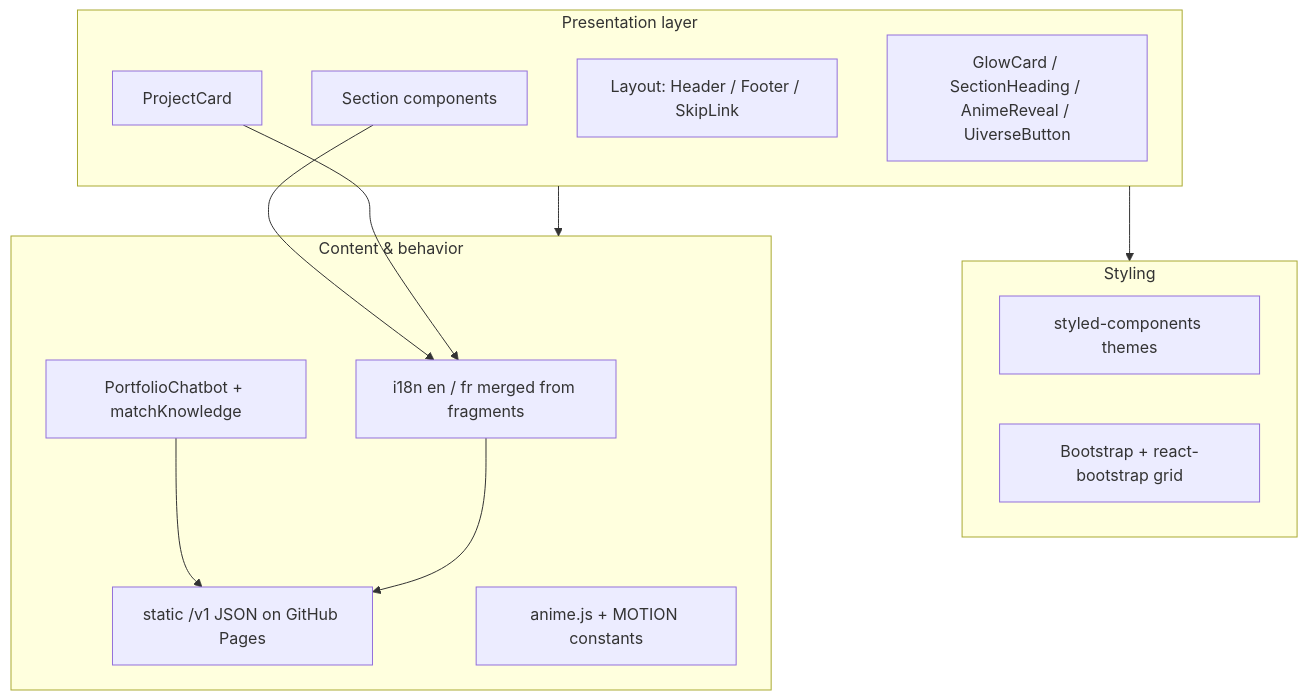
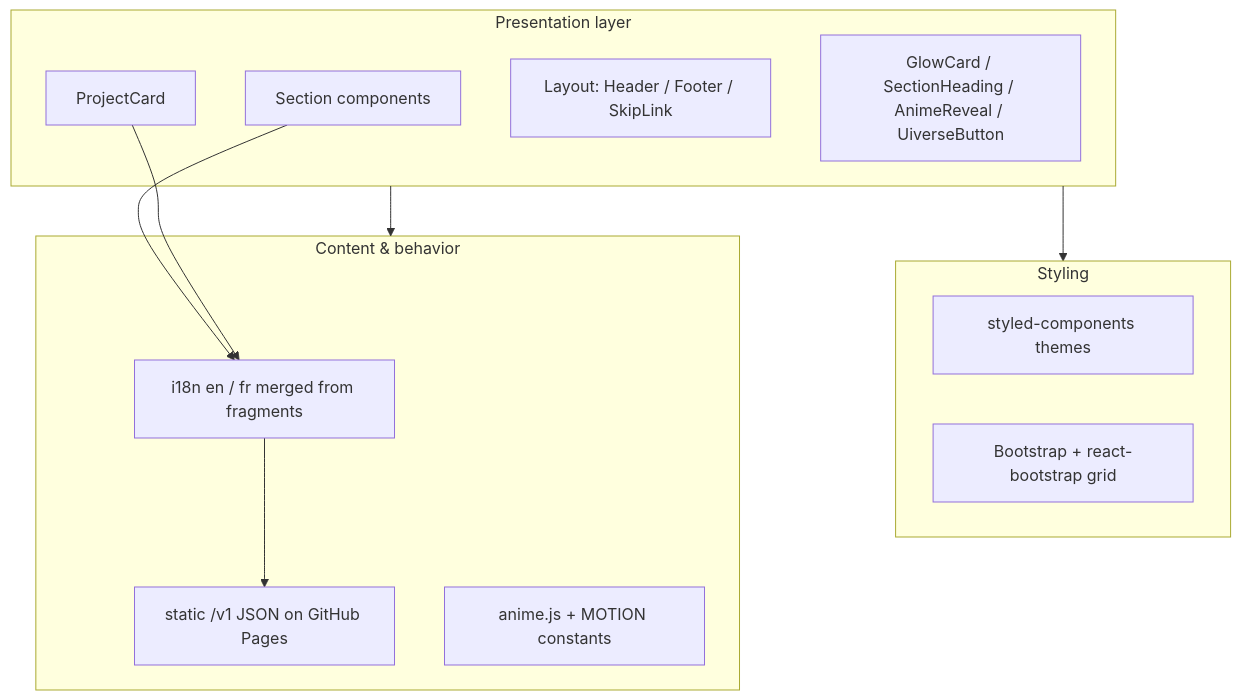
The third of 5 diagrams in README.md (kdutta25/my-portfolio), drawn with Mermaid before and after one commit. The commit also changed other lines of this file and 12 other files, not shown here.

Commit message:
Move YouTube section after About Me; remove the portfolio chat bubble

````diff
--- a/README.md
+++ b/README.md
@@ -158,28 +161,26 @@
 ```mermaid
 flowchart TB
   subgraph presentation["Presentation layer"]
     SEC[Section components]
     PC[ProjectCard]
     LAY[Layout: Header / Footer / SkipLink]
     UI[GlowCard / SectionHeading / AnimeReveal / UiverseButton]
   end
 
   subgraph styling["Styling"]
     SC[styled-components themes]
     BS[Bootstrap + react-bootstrap grid]
   end
 
   subgraph content["Content & behavior"]
     L10n[i18n en / fr merged from fragments]
-    CHAT[PortfolioChatbot + matchKnowledge]
     API[static /v1 JSON on GitHub Pages]
     MOTION[anime.js + MOTION constants]
   end
 
   presentation --> styling
   presentation --> content
-  CHAT --> API
   SEC --> L10n
   PC --> L10n
   L10n --> API
 ```
````
